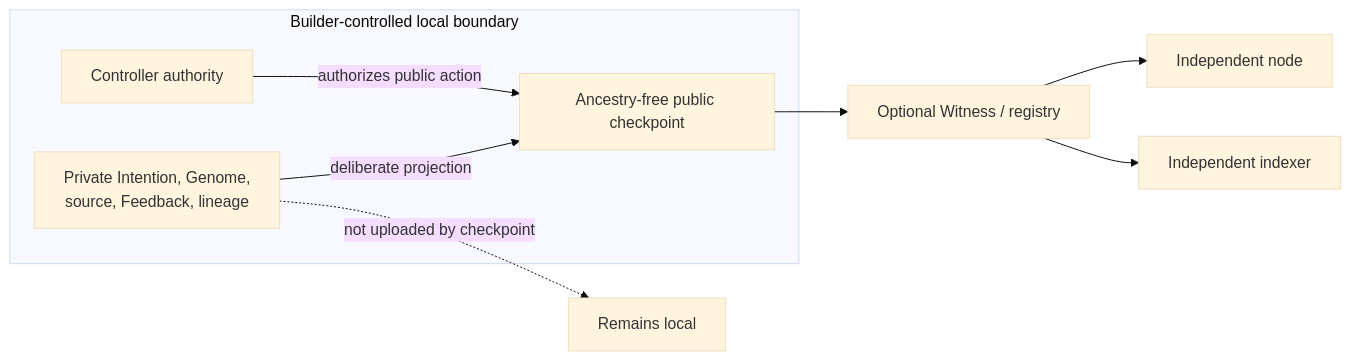
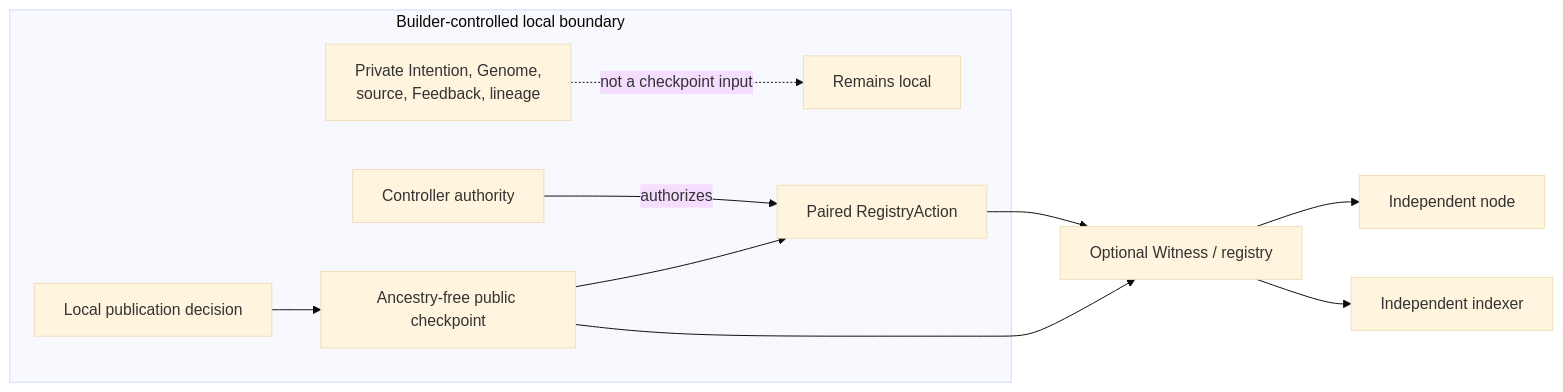
The fifth of 5 diagrams in WHITEPAPER.md (jpfraneto/tohseno), drawn with Mermaid (base theme) before and after one commit. The commit also changed other lines of this file and 16 other files, not shown here.

````diff
--- a/WHITEPAPER.md
+++ b/WHITEPAPER.md
@@ -485,14 +487,17 @@
 ```mermaid
 flowchart LR
     subgraph Local["Builder-controlled local boundary"]
         P["Private Intention, Genome,<br/>source, Feedback, lineage"]
         K["Controller authority"]
+        D["Local publication decision"]
         Q["Ancestry-free public checkpoint"]
-        P -->|deliberate projection| Q
-        K -->|authorizes public action| Q
+        RA["Paired RegistryAction"]
+        D --> Q --> RA
+        K -->|authorizes| RA
+        P -.->|not a checkpoint input| X["Remains local"]
     end
-    Q --> W["Optional Witness / registry"]
+    RA --> W["Optional Witness / registry"]
+    Q --> W
     W --> N1["Independent node"]
     W --> N2["Independent indexer"]
-    P -. "not uploaded by checkpoint" .-> X["Remains local"]
 ```
````
